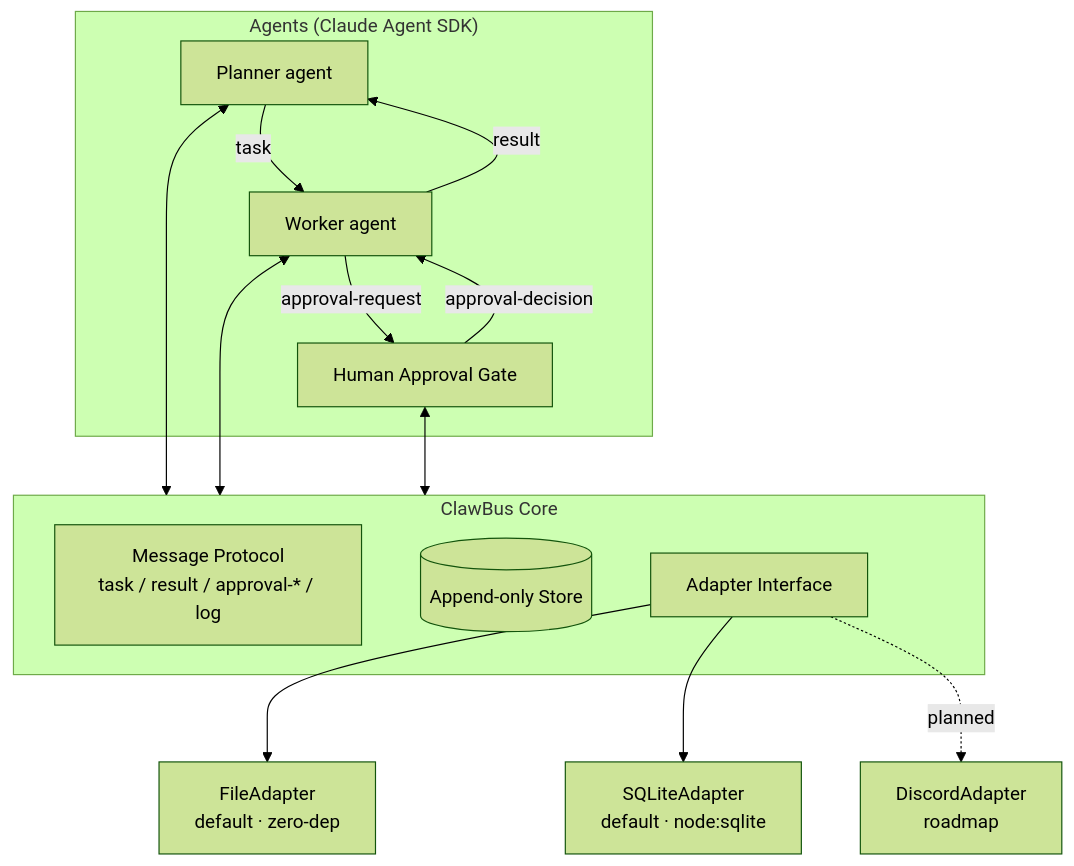
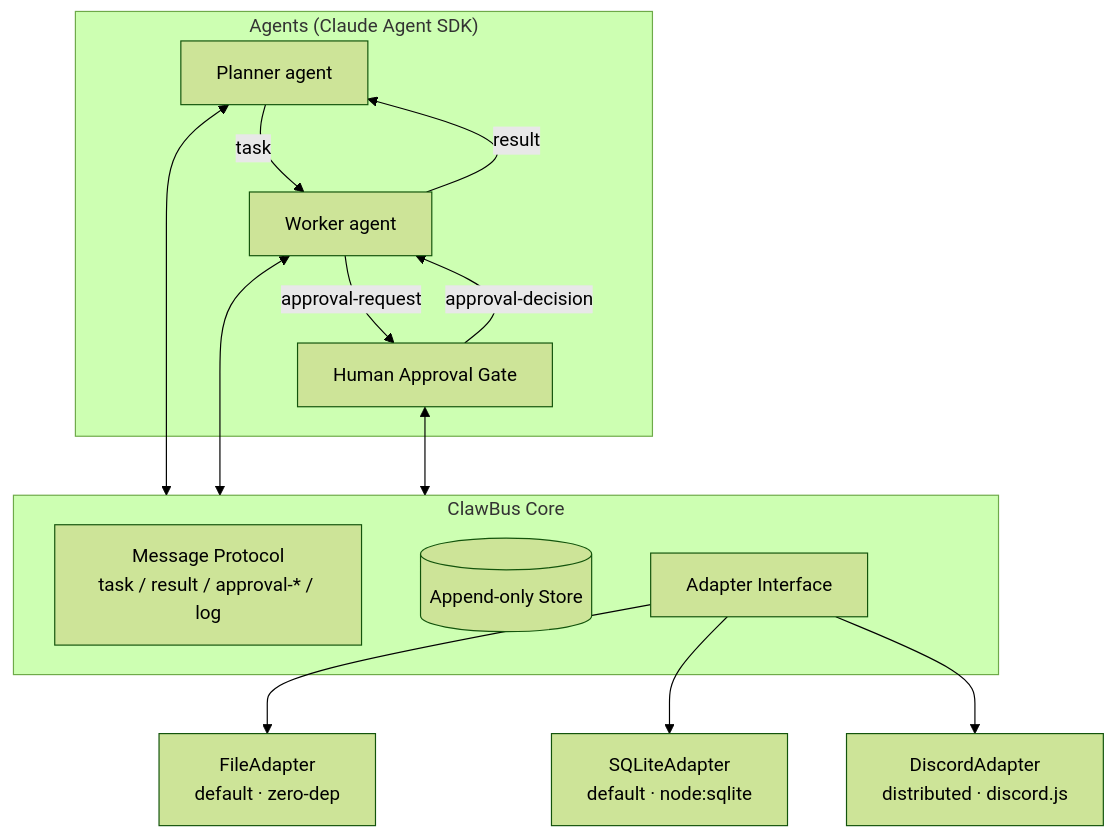
One commit to tokimwc/clawbus changed the diagram in README.md. Above: the diagram before and after it, drawn with Mermaid (forest theme). The commit also changed other lines of this file and 2 other files, not shown here.

First line of the commit message:
docs: promote DiscordAdapter from planned to shipped after E2E verify

````diff
--- a/README.md
+++ b/README.md
@@ -74,27 +74,27 @@
 ```mermaid
 flowchart TB
     subgraph Agents["Agents (Claude Agent SDK)"]
         P[Planner agent]
         W[Worker agent]
         H[Human Approval Gate]
     end
 
     P -- task --> W
     W -- approval-request --> H
     H -- approval-decision --> W
     W -- result --> P
 
     P <--> Core
     W <--> Core
     H <--> Core
 
     subgraph Core["ClawBus Core"]
         Proto[Message Protocol<br/>task / result / approval-* / log]
         Store[(Append-only Store)]
         AIF[Adapter Interface]
     end
 
     AIF --> FA[FileAdapter<br/>default · zero-dep]
     AIF --> SA[SQLiteAdapter<br/>default · node:sqlite]
-    AIF -.planned.-> DA[DiscordAdapter<br/>roadmap]
+    AIF --> DA[DiscordAdapter<br/>distributed · discord.js]
 ```
````
